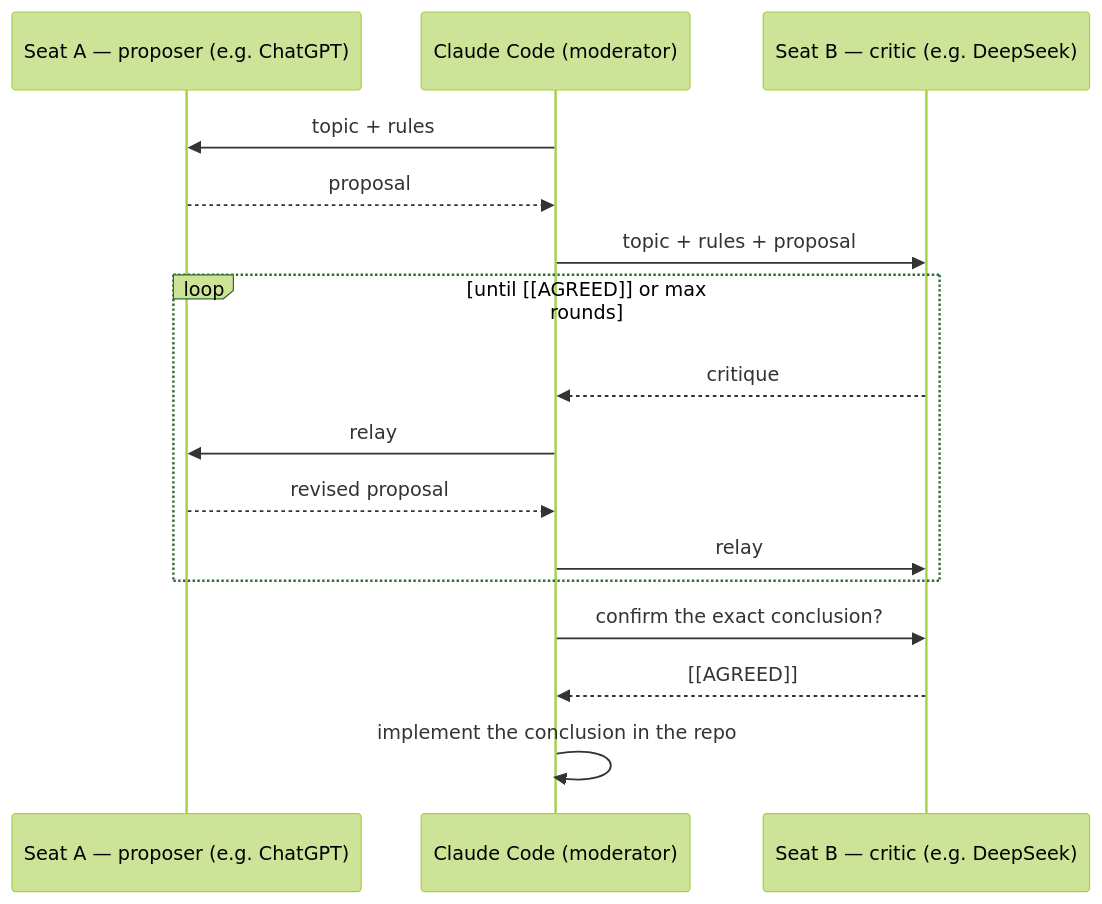
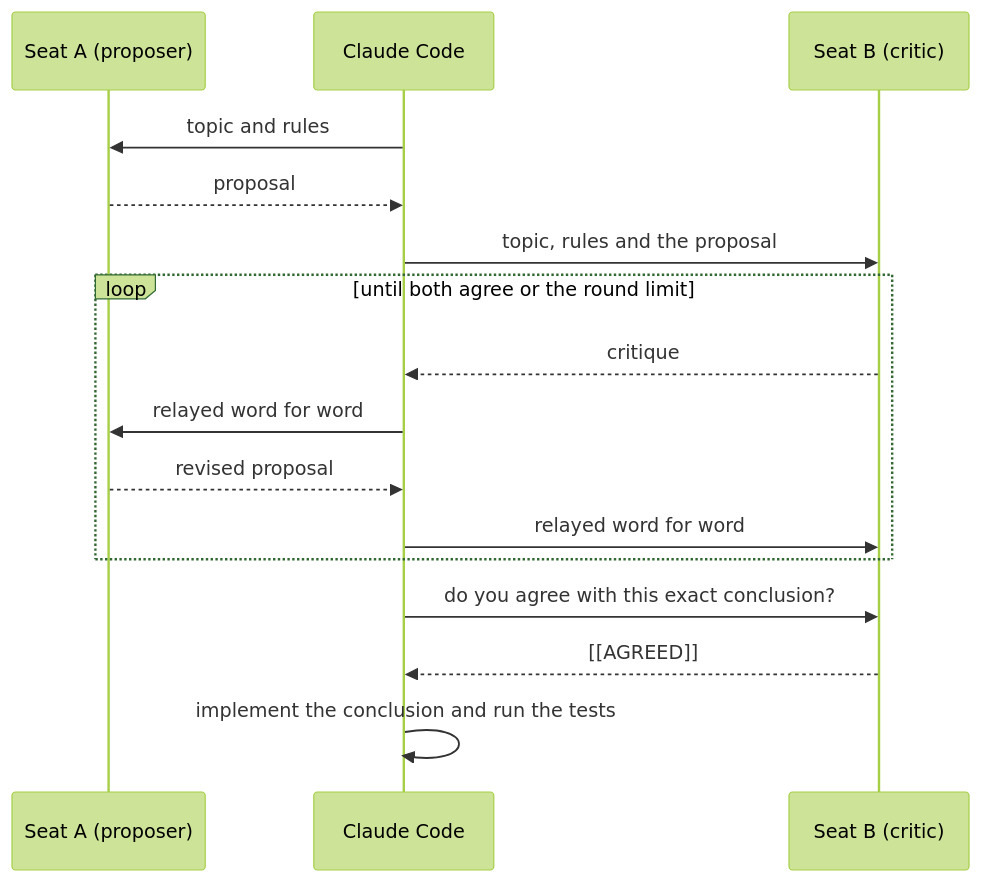
One commit to fatih255/tabcrew changed the second of 3 diagrams in README.md. Above: the diagram before and after it, drawn with Mermaid (forest theme). The commit also changed other lines of this file and 19 other files, not shown here.

````diff
--- a/README.md
+++ b/README.md
@@ -77,18 +87,18 @@
 ```mermaid
 sequenceDiagram
-    participant A as Seat A — proposer (e.g. ChatGPT)
-    participant CC as Claude Code (moderator)
-    participant B as Seat B — critic (e.g. DeepSeek)
-    CC->>A: topic + rules
+    participant A as Seat A (proposer)
+    participant CC as Claude Code
+    participant B as Seat B (critic)
+    CC->>A: topic and rules
     A-->>CC: proposal
-    CC->>B: topic + rules + proposal
-    loop until [[AGREED]] or max rounds
+    CC->>B: topic, rules and the proposal
+    loop until both agree or the round limit
         B-->>CC: critique
-        CC->>A: relay
+        CC->>A: relayed word for word
         A-->>CC: revised proposal
-        CC->>B: relay
+        CC->>B: relayed word for word
     end
-    CC->>B: confirm the exact conclusion?
+    CC->>B: do you agree with this exact conclusion?
     B-->>CC: [[AGREED]]
-    CC->>CC: implement the conclusion in the repo
+    CC->>CC: implement the conclusion and run the tests
 ```
````
